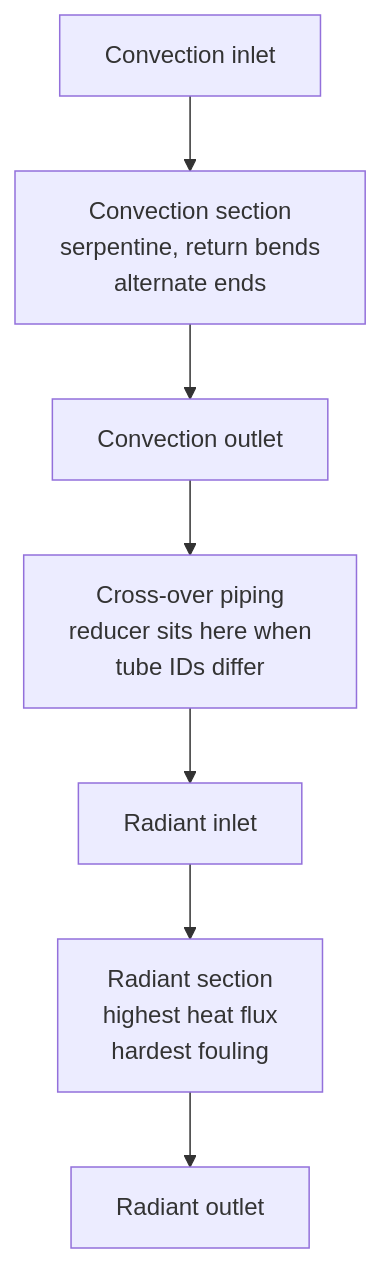
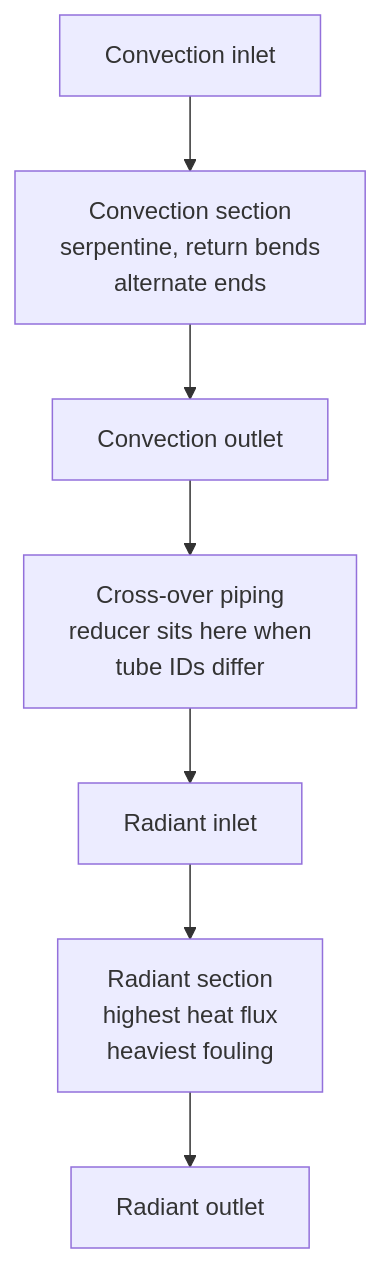
One commit to TheSkinz/obsidian-work changed the diagram in 04-knowledge/manual/03-heater-and-coil-fundamentals.md. Above: the diagram before and after it, drawn with Mermaid. The commit also changed other lines of this file and 13 other files, not shown here.

````diff
--- a/04-knowledge/manual/03-heater-and-coil-fundamentals.md
+++ b/04-knowledge/manual/03-heater-and-coil-fundamentals.md
@@ -31,9 +31,9 @@
 ```mermaid
 flowchart TD
     A["Convection inlet"] --> B["Convection section<br/>serpentine, return bends<br/>alternate ends"]
     B --> C["Convection outlet"]
     C --> D["Cross-over piping<br/>reducer sits here when<br/>tube IDs differ"]
     D --> E["Radiant inlet"]
-    E --> F["Radiant section<br/>highest heat flux<br/>hardest fouling"]
+    E --> F["Radiant section<br/>highest heat flux<br/>heaviest fouling"]
     F --> G["Radiant outlet"]
 ```
````
